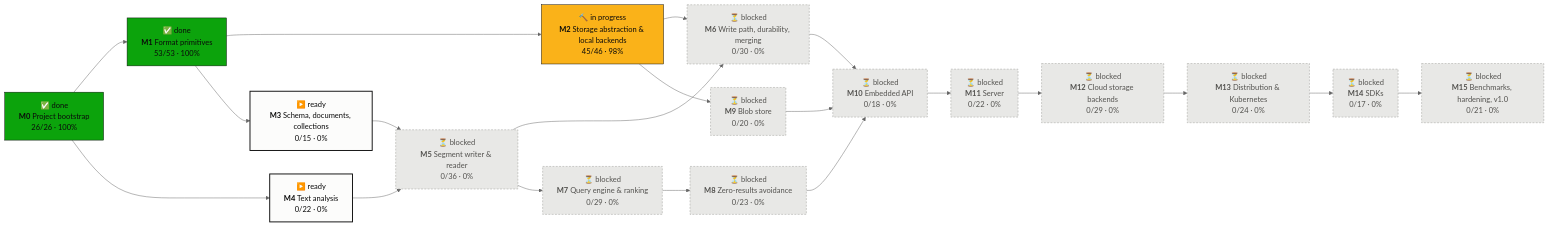
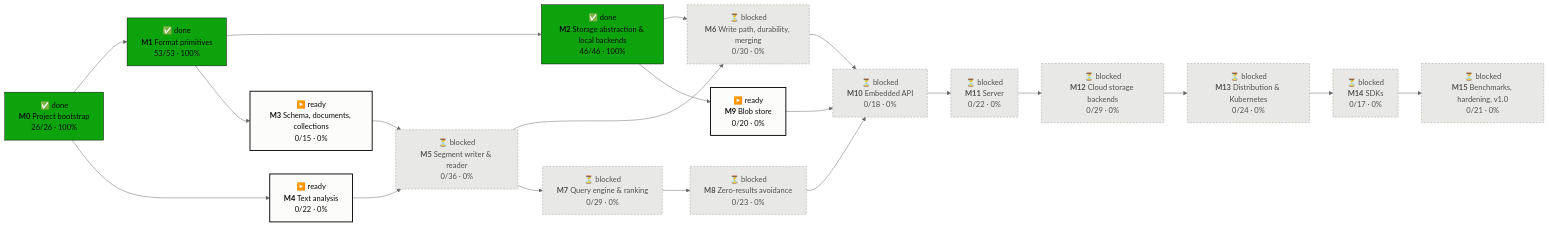
Before and after one commit to tomiok/persiaDB: the first of 2 diagrams in PROGRESS.md, drawn with Mermaid (neutral theme). The commit also changed other lines of this file and 8 other files, not shown here.

First line of the commit message:
Dev environment: docker-compose.dev.yml with digest-pinned emulators (ROADMAP 2.5.1) (#10)

````diff
--- a/PROGRESS.md
+++ b/PROGRESS.md
@@ -14,42 +14,42 @@
 ```mermaid
 flowchart LR
   M0["✅ done<br/><b>M0</b> Project bootstrap<br/>26/26 · 100%"]:::done
   M1["✅ done<br/><b>M1</b> Format primitives<br/>53/53 · 100%"]:::done
-  M2["🔨 in progress<br/><b>M2</b> Storage abstraction & local backends<br/>45/46 · 98%"]:::doing
+  M2["✅ done<br/><b>M2</b> Storage abstraction & local backends<br/>46/46 · 100%"]:::done
   M3["▶️ ready<br/><b>M3</b> Schema, documents, collections<br/>0/15 · 0%"]:::ready
   M4["▶️ ready<br/><b>M4</b> Text analysis<br/>0/22 · 0%"]:::ready
   M5["⏳ blocked<br/><b>M5</b> Segment writer & reader<br/>0/36 · 0%"]:::blocked
   M6["⏳ blocked<br/><b>M6</b> Write path, durability, merging<br/>0/30 · 0%"]:::blocked
   M7["⏳ blocked<br/><b>M7</b> Query engine & ranking<br/>0/29 · 0%"]:::blocked
   M8["⏳ blocked<br/><b>M8</b> Zero-results avoidance<br/>0/23 · 0%"]:::blocked
-  M9["⏳ blocked<br/><b>M9</b> Blob store<br/>0/20 · 0%"]:::blocked
+  M9["▶️ ready<br/><b>M9</b> Blob store<br/>0/20 · 0%"]:::ready
   M10["⏳ blocked<br/><b>M10</b> Embedded API<br/>0/18 · 0%"]:::blocked
   M11["⏳ blocked<br/><b>M11</b> Server<br/>0/22 · 0%"]:::blocked
   M12["⏳ blocked<br/><b>M12</b> Cloud storage backends<br/>0/29 · 0%"]:::blocked
   M13["⏳ blocked<br/><b>M13</b> Distribution & Kubernetes<br/>0/24 · 0%"]:::blocked
   M14["⏳ blocked<br/><b>M14</b> SDKs<br/>0/17 · 0%"]:::blocked
   M15["⏳ blocked<br/><b>M15</b> Benchmarks, hardening, v1.0<br/>0/21 · 0%"]:::blocked
   M0 --> M1
   M1 --> M2
   M1 --> M3
   M0 --> M4
   M3 --> M5
   M4 --> M5
   M2 --> M6
   M5 --> M6
   M5 --> M7
   M7 --> M8
   M2 --> M9
   M6 --> M10
   M8 --> M10
   M9 --> M10
   M10 --> M11
   M11 --> M12
   M12 --> M13
   M13 --> M14
   M14 --> M15
   classDef done fill:#0ca30c,stroke:#0b0b0b,color:#0b0b0b
   classDef doing fill:#fab219,stroke:#0b0b0b,color:#0b0b0b
   classDef ready fill:#fcfcfb,stroke:#0b0b0b,stroke-width:2px,color:#0b0b0b
   classDef blocked fill:#e8e8e6,stroke:#9a9a96,stroke-dasharray:4 3,color:#52514e
 ```
````
